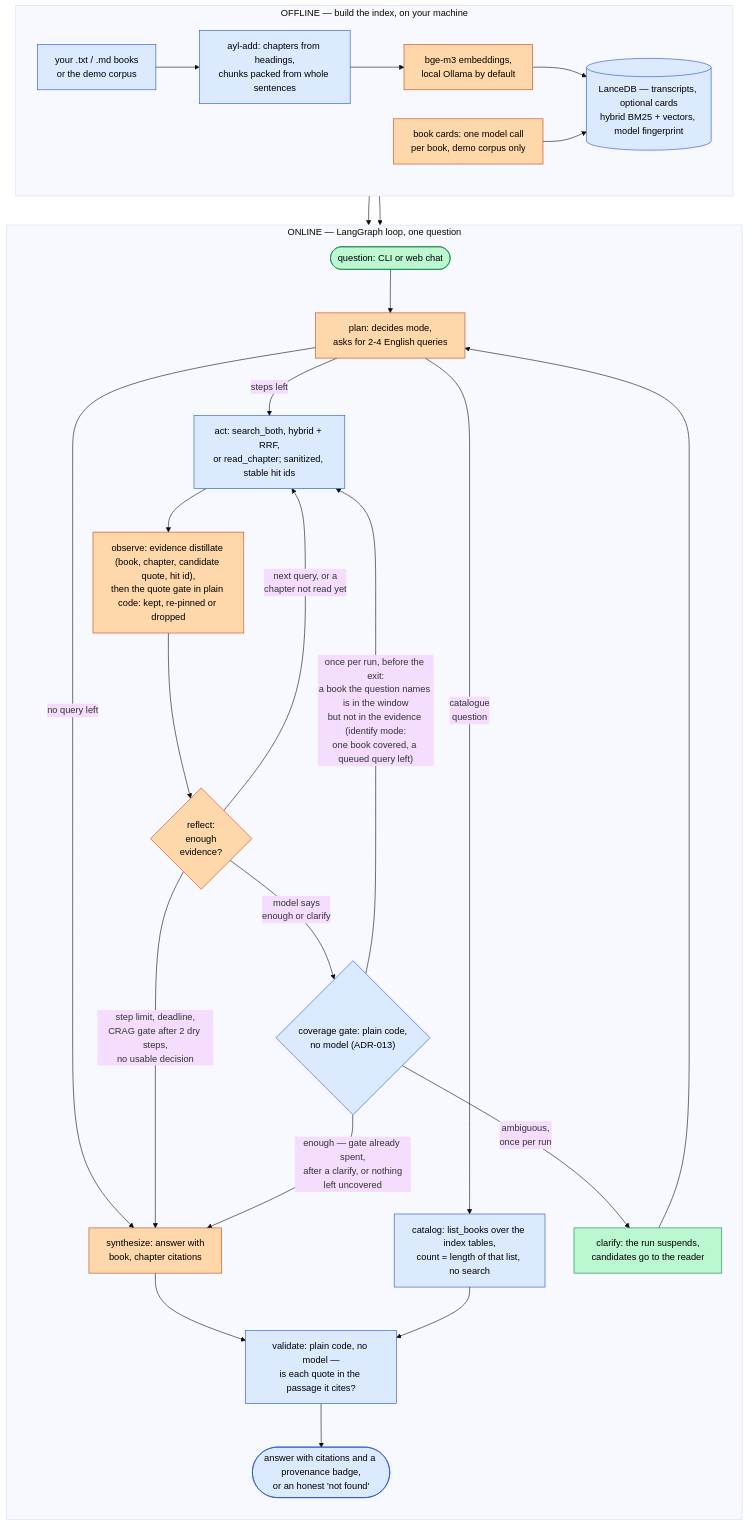
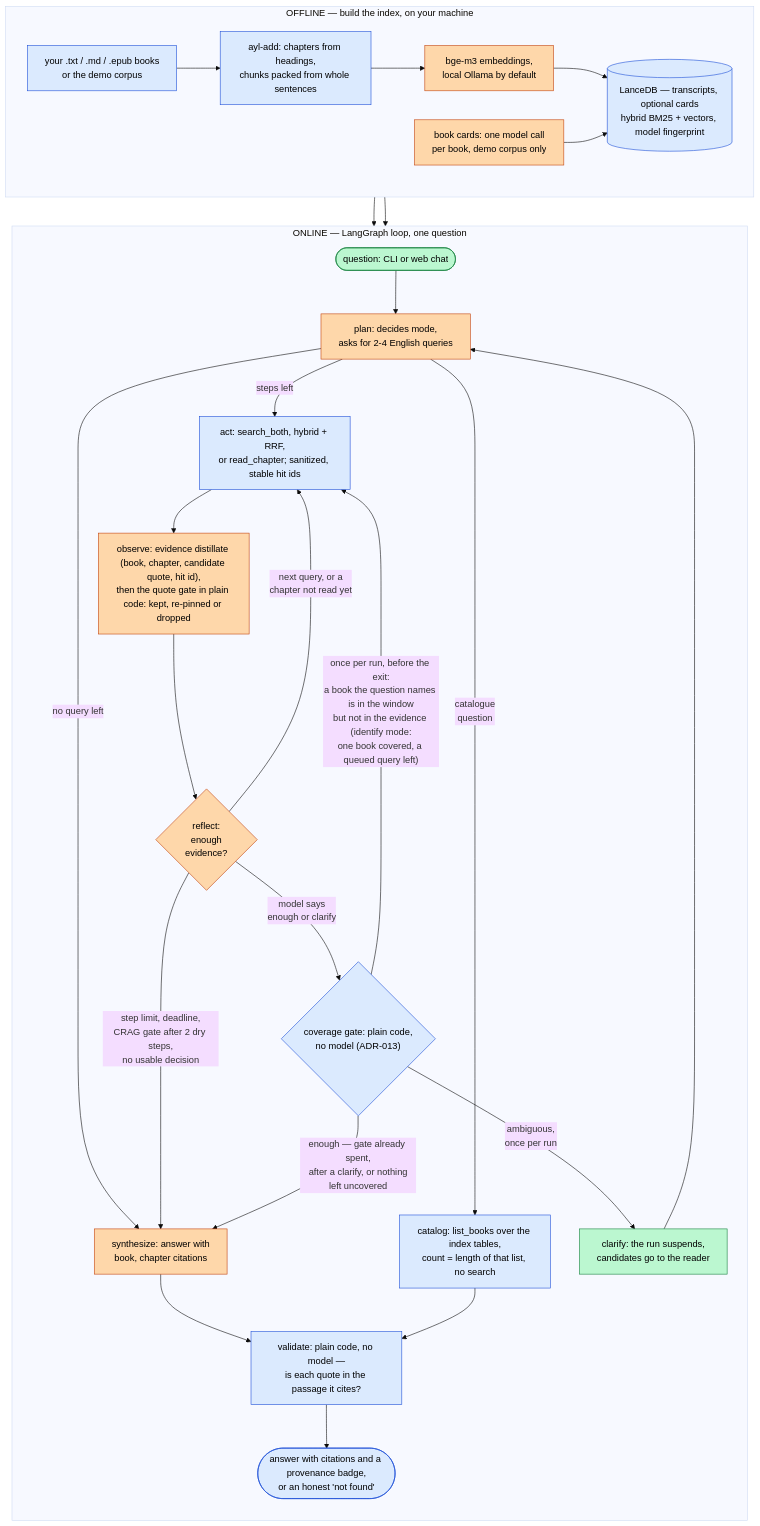
One commit to ievgen-borysenko/ask-your-library changed the first of 2 diagrams in docs/architecture.md. Above: the diagram before and after it, drawn with Mermaid (base theme). The commit also changed 2 other files, not shown here.

Commit message:
Name .epub where the other pages list what ayl add reads
The closing line of ayl init, the architecture diagram's input node and
the overview's one-command sentence still listed .txt / .md only. The
historical records (the 0.2.0-rc1 changelog entry, ADR-015, the backlog's
done item) keep the formats they had when they were written.

````diff
--- a/docs/architecture.md
+++ b/docs/architecture.md
@@ -11,36 +11,36 @@
 ```mermaid
 flowchart TB
     subgraph offline["OFFLINE — build the index, on your machine"]
         direction LR
-        BK["your .txt / .md books<br/>or the demo corpus"]:::code
+        BK["your .txt / .md / .epub books<br/>or the demo corpus"]:::code
         CRD["book cards: one model call<br/>per book, demo corpus only"]:::ai
         BK --> CHK["ayl-add: chapters from headings,<br/>chunks packed from whole sentences"]:::code
         CHK --> EMB["bge-m3 embeddings,<br/>local Ollama by default"]:::ai
         EMB --> DB[("LanceDB — transcripts, optional cards<br/>hybrid BM25 + vectors, model fingerprint")]:::code
         CRD --> DB
     end
     subgraph online["ONLINE — LangGraph loop, one question"]
         direction TB
         Q(["question: CLI or web chat"]):::human --> PLAN["plan: decides mode,<br/>asks for 2-4 English queries"]:::ai
         PLAN -->|"catalogue<br/>question"| CAT["catalog: list_books over the index tables,<br/>count = length of that list, no search"]:::code
         PLAN -->|"steps left"| ACT["act: search_both, hybrid + RRF,<br/>or read_chapter; sanitized, stable hit ids"]:::code
         PLAN -->|"no query left"| SYN
         ACT --> OBS["observe: evidence distillate (book, chapter, candidate quote, hit id),<br/>then the quote gate in plain code: kept, re-pinned or dropped"]:::ai
         OBS --> REF{"reflect:<br/>enough<br/>evidence?"}:::ai
         REF -->|"next query, or a<br/>chapter not read yet"| ACT
         REF -->|"step limit, deadline,<br/>CRAG gate after 2 dry steps,<br/>no usable decision"| SYN["synthesize: answer with<br/>book, chapter citations"]:::ai
         REF -->|"model says<br/>enough or clarify"| COV{"coverage gate: plain code,<br/>no model (ADR-013)"}:::code
         COV -->|"once per run, before the exit:<br/>a book the question names is in the window<br/>but not in the evidence (identify mode:<br/>one book covered, a queued query left)"| ACT
         COV -->|"ambiguous,<br/>once per run"| CLR["clarify: the run suspends,<br/>candidates go to the reader"]:::human
         CLR --> PLAN
         COV -->|"enough — gate already spent,<br/>after a clarify, or nothing<br/>left uncovered"| SYN
         SYN --> VAL["validate: plain code, no model —<br/>is each quote in the passage it cites?"]:::code
         CAT --> VAL
         VAL --> OUT(["answer with citations and a provenance badge,<br/>or an honest 'not found'"]):::code
     end
     DB --> ACT
     DB --> CAT
     classDef code fill:#dbeafe,stroke:#1d4ed8,color:#000
     classDef ai fill:#fed7aa,stroke:#c2410c,color:#000
     classDef human fill:#bbf7d0,stroke:#15803d,color:#000
 ```
````
